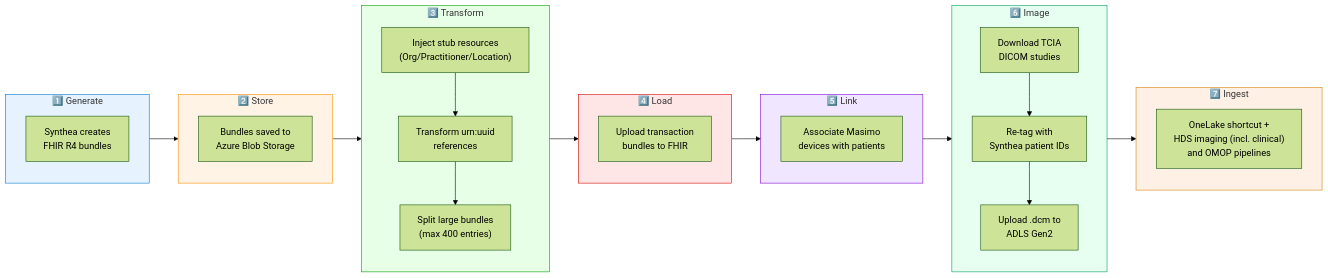
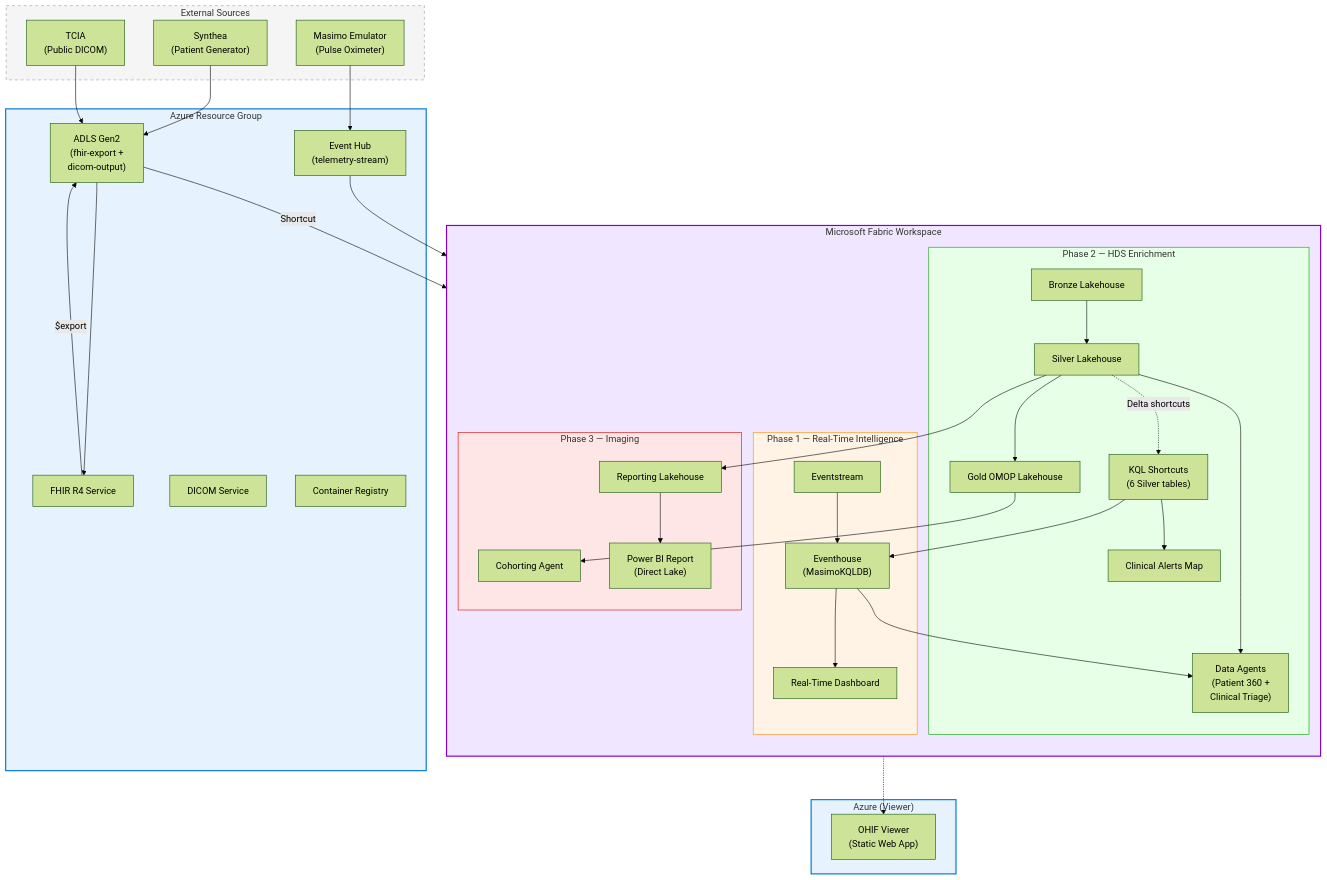
The first of 3 diagrams in README.md (kfprugger/med-device-fabric-emulator), drawn with Mermaid (forest theme) before and after one commit. The commit also changed other lines of this file and 10 other files, not shown here.

First line of the commit message:
Add Phase 1, Phase 2, and Phase 3 documentation for Azure infrastructure, data ingestion, and imaging cohorting

````diff
--- a/README.md
+++ b/README.md
@@ -21,46 +39,66 @@
 ```mermaid
-flowchart LR
-    subgraph Step1["1️⃣ Generate"]
-        S1["Synthea creates<br/>FHIR R4 bundles"]
+flowchart TB
+    subgraph EXT["External Sources"]
+        SYNTH["Synthea\n(Patient Generator)"]
+        TCIA["TCIA\n(Public DICOM)"]
+        EMUL["Masimo Emulator\n(Pulse Oximeter)"]
     end
-    
-    subgraph Step2["2️⃣ Store"]
-        S2["Bundles saved to<br/>Azure Blob Storage"]
+
+    subgraph AZ["Azure Resource Group"]
+        EH["Event Hub\n(telemetry-stream)"]
+        FHIR_SVC["FHIR R4 Service"]
+        DICOM_SVC["DICOM Service"]
+        ADLS["ADLS Gen2\n(fhir-export +\ndicom-output)"]
+        ACR["Container Registry"]
     end
-    
-    subgraph Step3["3️⃣ Transform"]
-        S3A["Inject stub resources<br/>(Org/Practitioner/Location)"]
-        S3B["Transform urn:uuid<br/>references"]
-        S3C["Split large bundles<br/>(max 400 entries)"]
+
+    subgraph FAB["Microsoft Fabric Workspace"]
+        direction TB
+
+        subgraph P1["Phase 1 — Real-Time Intelligence"]
+            ES["Eventstream"]
+            EVH["Eventhouse\n(MasimoKQLDB)"]
+            DASH1["Real-Time Dashboard"]
+        end
+
+        subgraph P2["Phase 2 — HDS Enrichment"]
+            BZ["Bronze Lakehouse"]
+            SLV["Silver Lakehouse"]
+            GOLD["Gold OMOP Lakehouse"]
+            SC["KQL Shortcuts\n(6 Silver tables)"]
+            MAP["Clinical Alerts Map"]
+            DA["Data Agents\n(Patient 360 +\nClinical Triage)"]
+        end
+
+        subgraph P3["Phase 3 — Imaging"]
+            RPT["Reporting Lakehouse"]
+            PBI["Power BI Report\n(Direct Lake)"]
+            COHORT["Cohorting Agent"]
+        end
     end
-    
-    subgraph Step4["4️⃣ Load"]
-        S4["Upload transaction<br/>bundles to FHIR"]
+
+    subgraph VIEWER["Azure (Viewer)"]
+        OHIF["OHIF Viewer\n(Static Web App)"]
     end
-    
-    subgraph Step5["5️⃣ Link"]
-        S5["Associate Masimo<br/>devices with patients"]
-    end
-    
-    subgraph Step6["6️⃣ Image"]
-        S6A["Download TCIA<br/>DICOM studies"]
-        S6B["Re-tag with<br/>Synthea patient IDs"]
-        S6C["Upload .dcm to<br/>ADLS Gen2"]
-    end
-    
-    subgraph Step7["7️⃣ Ingest"]
-        S7["OneLake shortcut +<br/>HDS imaging (incl. clinical)<br/>and OMOP pipelines"]
-    end
-    
-    Step1 --> Step2 --> Step3 --> Step4 --> Step5 --> Step6 --> Step7
-    S6A --> S6B --> S6C
-    S3A --> S3B --> S3C
 
-    style Step1 fill:#e6f3ff,stroke:#0078d4
-    style Step2 fill:#fff3e6,stroke:#ff8c00
-    style Step3 fill:#e6ffe6,stroke:#00a000
-    style Step4 fill:#ffe6e6,stroke:#d40000
-    style Step5 fill:#f0e6ff,stroke:#8000d4
-    style Step6 fill:#e6fff0,stroke:#00a060
-    style Step7 fill:#fff0e6,stroke:#d48000
+    EMUL --> EH --> ES --> EVH --> DASH1
+    SYNTH --> ADLS --> FHIR_SVC
+    TCIA --> ADLS
+    FHIR_SVC -->|"$export"| ADLS
+    ADLS -->|"Shortcut"| BZ --> SLV --> GOLD
+    SLV -.->|"Delta shortcuts"| SC --> EVH
+    SC --> MAP
+    EVH --> DA
+    SLV --> DA
+    GOLD --> COHORT
+    SLV --> RPT --> PBI
+    RPT -.-> OHIF
+
+    style EXT fill:#f5f5f5,stroke:#999,stroke-dasharray:5
+    style AZ fill:#e6f3ff,stroke:#0078d4,stroke-width:2px
+    style FAB fill:#f0e6ff,stroke:#8000d4,stroke-width:2px
+    style VIEWER fill:#e6f3ff,stroke:#0078d4,stroke-width:2px
+    style P1 fill:#fff3e6,stroke:#ff8c00
+    style P2 fill:#e6ffe6,stroke:#00a000
+    style P3 fill:#ffe6e6,stroke:#d40000
 ```
````
